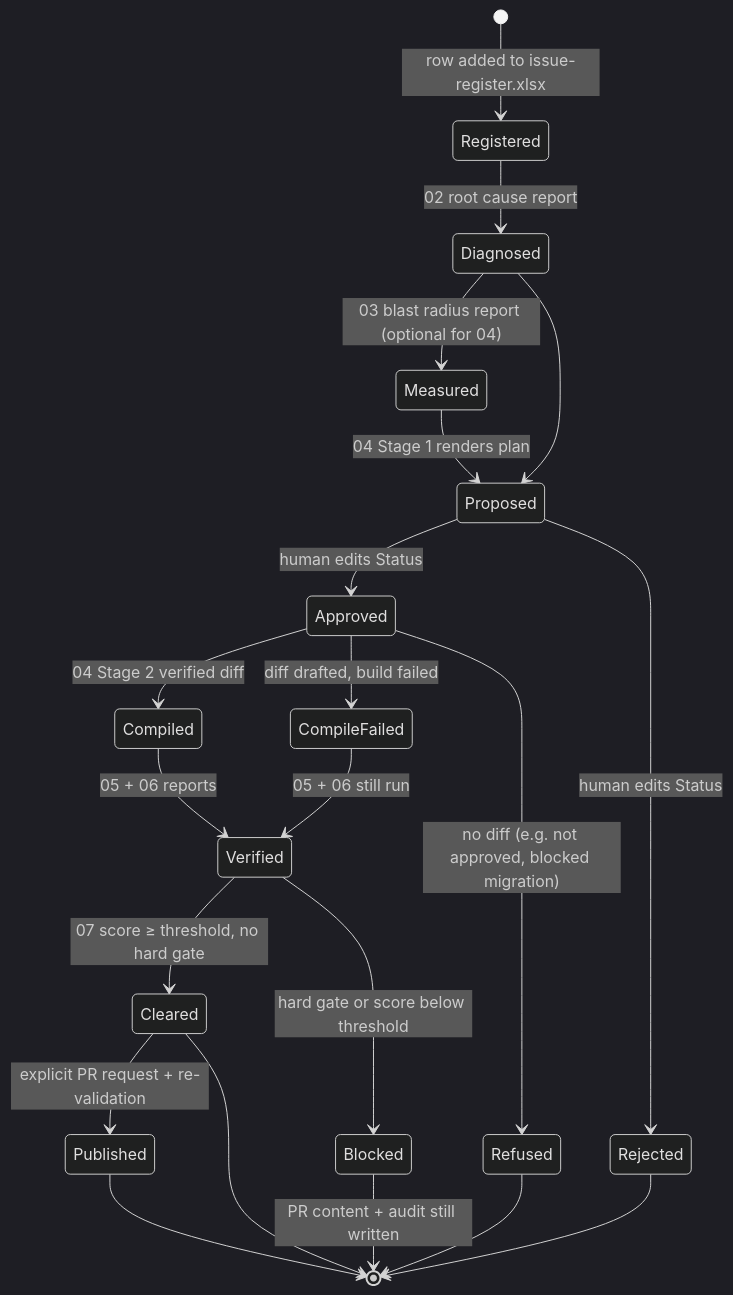
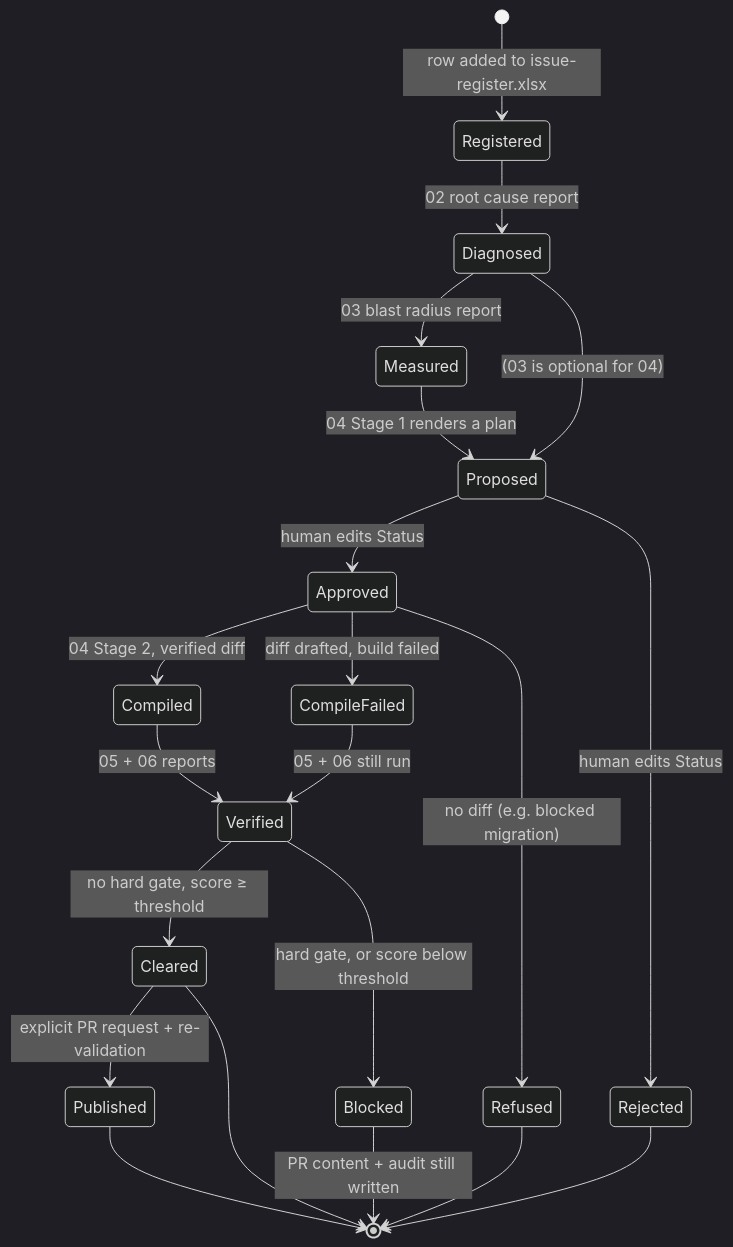
The seventh of 31 diagrams in README.md (KrishnaAnnavaram/MARS), drawn with Mermaid (dark theme) before and after one commit. The commit also changed other lines of this file, not shown here.

````diff
--- a/README.md
+++ b/README.md
@@ -201,23 +405,23 @@
 ```mermaid
 stateDiagram-v2
     [*] --> Registered: row added to issue-register.xlsx
     Registered --> Diagnosed: 02 root cause report
-    Diagnosed --> Measured: 03 blast radius report (optional for 04)
-    Measured --> Proposed: 04 Stage 1 renders plan
-    Diagnosed --> Proposed
+    Diagnosed --> Measured: 03 blast radius report
+    Measured --> Proposed: 04 Stage 1 renders a plan
+    Diagnosed --> Proposed: (03 is optional for 04)
     Proposed --> Approved: human edits Status
     Proposed --> Rejected: human edits Status
     Rejected --> [*]
-    Approved --> Compiled: 04 Stage 2 verified diff
+    Approved --> Compiled: 04 Stage 2, verified diff
     Approved --> CompileFailed: diff drafted, build failed
-    Approved --> Refused: no diff (e.g. not approved, blocked migration)
+    Approved --> Refused: no diff (e.g. blocked migration)
     Refused --> [*]
     Compiled --> Verified: 05 + 06 reports
     CompileFailed --> Verified: 05 + 06 still run
-    Verified --> Cleared: 07 score ≥ threshold, no hard gate
-    Verified --> Blocked: hard gate or score below threshold
+    Verified --> Cleared: no hard gate, score ≥ threshold
+    Verified --> Blocked: hard gate, or score below threshold
     Cleared --> Published: explicit PR request + re-validation
     Cleared --> [*]
     Blocked --> [*]: PR content + audit still written
     Published --> [*]
 ```
````
